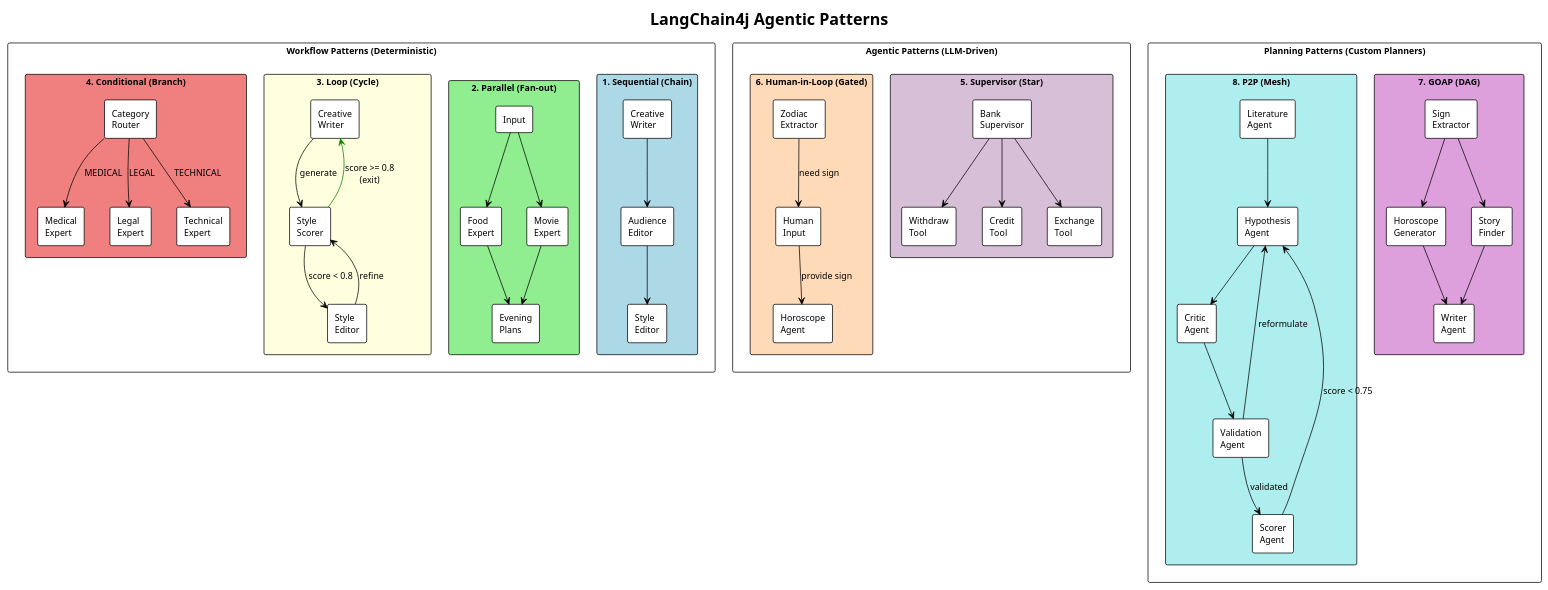
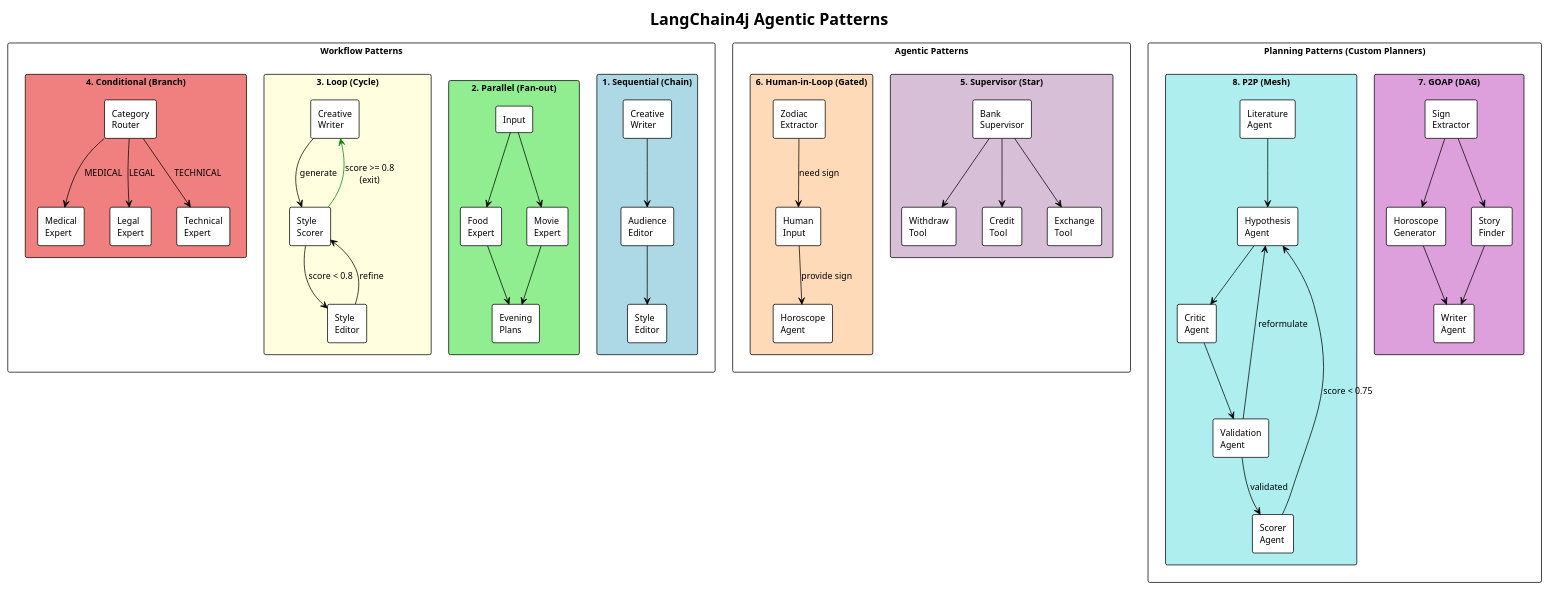
Before and after one commit to roryp/matrixagents: the diagram in docs/patterns.puml, drawn with PlantUML. The commit also changed 5 other files, not shown here.

```diff
--- a/docs/patterns.puml
+++ b/docs/patterns.puml
@@ -1,106 +1,106 @@
 @startuml patterns
 !theme plain
 skinparam backgroundColor #FFFFFF
 skinparam defaultFontSize 12
 skinparam packageStyle rectangle
 
 title LangChain4j Agentic Patterns
 
 ' ==== WORKFLOW PATTERNS ====
 
-package "Workflow Patterns (Deterministic)" {
+package "Workflow Patterns" {
     
     package "1. Sequential (Chain)" #LightBlue {
         rectangle "Creative\nWriter" as seq1
         rectangle "Audience\nEditor" as seq2
         rectangle "Style\nEditor" as seq3
         seq1 --> seq2
         seq2 --> seq3
     }
     
     package "2. Parallel (Fan-out)" #LightGreen {
         rectangle "Input" as par_in
         rectangle "Food\nExpert" as par1
         rectangle "Movie\nExpert" as par2
         rectangle "Evening\nPlans" as par_out
         par_in --> par1
         par_in --> par2
         par1 --> par_out
         par2 --> par_out
     }
     
     package "3. Loop (Cycle)" #LightYellow {
         rectangle "Creative\nWriter" as loop1
         rectangle "Style\nScorer" as loop2
         rectangle "Style\nEditor" as loop3
         loop1 --> loop2 : generate
         loop2 --> loop3 : score < 0.8
         loop3 --> loop2 : refine
         loop2 -[#green]-> loop1 : score >= 0.8\n(exit)
     }
     
     package "4. Conditional (Branch)" #LightCoral {
         rectangle "Category\nRouter" as cond_r
         rectangle "Medical\nExpert" as cond1
         rectangle "Legal\nExpert" as cond2
         rectangle "Technical\nExpert" as cond3
         cond_r --> cond1 : MEDICAL
         cond_r --> cond2 : LEGAL
         cond_r --> cond3 : TECHNICAL
     }
 }
 
 ' ==== AGENTIC PATTERNS ====
 
-package "Agentic Patterns (LLM-Driven)" {
+package "Agentic Patterns" {
     
     package "5. Supervisor (Star)" #Thistle {
         rectangle "Bank\nSupervisor" as sup
         rectangle "Withdraw\nTool" as sup1
         rectangle "Credit\nTool" as sup2
         rectangle "Exchange\nTool" as sup3
         sup --> sup1
         sup --> sup2
         sup --> sup3
     }
     
     package "6. Human-in-Loop (Gated)" #PeachPuff {
         rectangle "Zodiac\nExtractor" as hil1
         rectangle "Human\nInput" as hil_h
         rectangle "Horoscope\nAgent" as hil2
         hil1 --> hil_h : need sign
         hil_h --> hil2 : provide sign
     }
 }
 
 ' ==== PLANNING PATTERNS ====
 
 package "Planning Patterns (Custom Planners)" {
     
     package "7. GOAP (DAG)" #Plum {
         rectangle "Sign\nExtractor" as goap1
         rectangle "Horoscope\nGenerator" as goap2
         rectangle "Story\nFinder" as goap3
         rectangle "Writer\nAgent" as goap4
         goap1 --> goap2
         goap1 --> goap3
         goap2 --> goap4
         goap3 --> goap4
     }
     
     package "8. P2P (Mesh)" #PaleTurquoise {
         rectangle "Literature\nAgent" as p2p1
         rectangle "Hypothesis\nAgent" as p2p2
         rectangle "Critic\nAgent" as p2p3
         rectangle "Validation\nAgent" as p2p4
         rectangle "Scorer\nAgent" as p2p5
         p2p1 --> p2p2
         p2p2 --> p2p3
         p2p3 --> p2p4
         p2p4 --> p2p2 : reformulate
         p2p4 --> p2p5 : validated
         p2p5 --> p2p2 : score < 0.75
     }
 }
 
 @enduml
```
